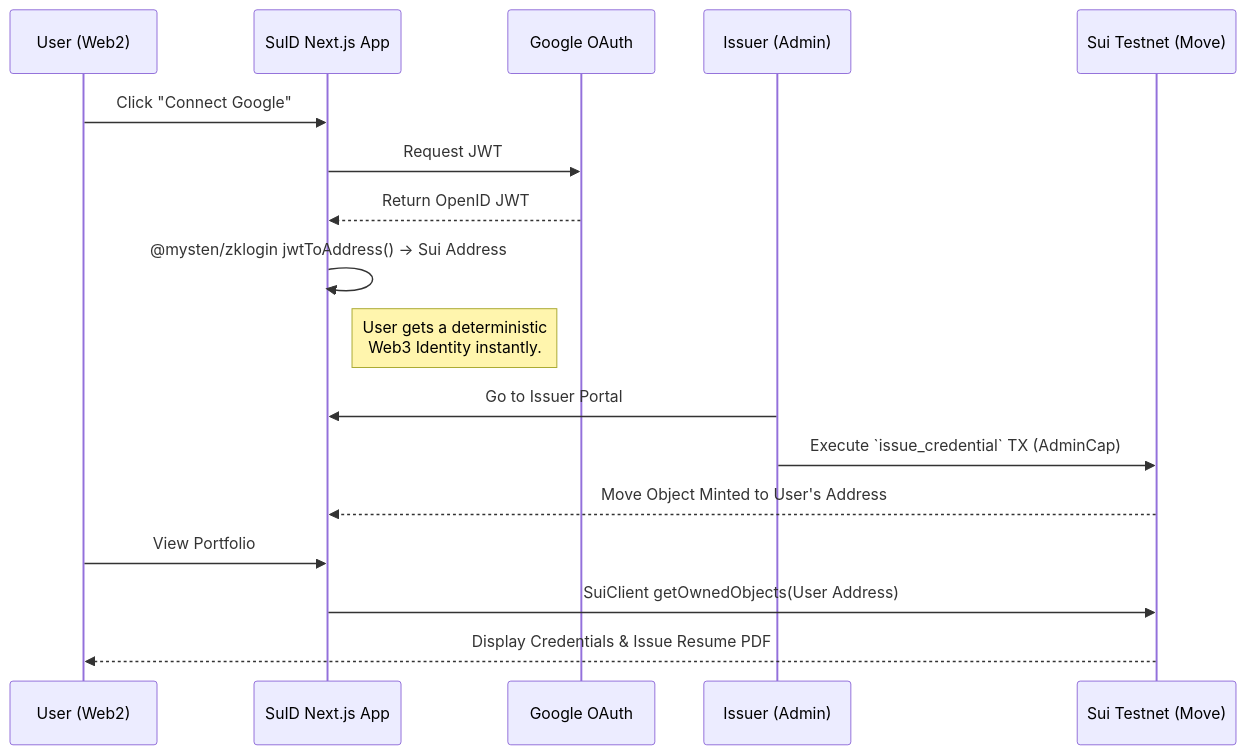
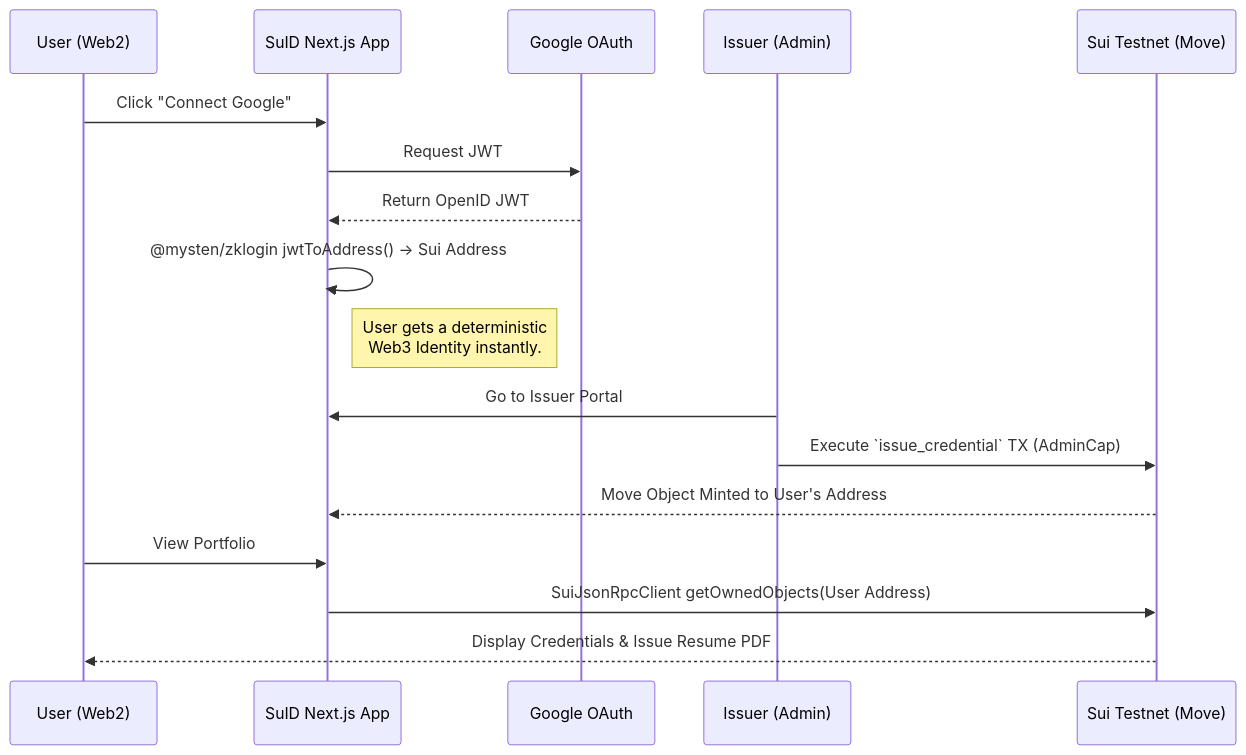
The diagram in README.md (dolf3131/sui-overflow-2026-suid), drawn with Mermaid before and after one commit. The commit also changed other lines of this file and 1 other file, not shown here.

````diff
--- a/README.md
+++ b/README.md
@@ -29,22 +44,22 @@
 ```mermaid
 sequenceDiagram
     participant U as User (Web2)
     participant S as SuID Next.js App
     participant G as Google OAuth
     participant I as Issuer (Admin)
     participant T as Sui Testnet (Move)
 
     U->>S: Click "Connect Google"
     S->>G: Request JWT
     G-->>S: Return OpenID JWT
     S->>S: @mysten/zklogin jwtToAddress() -> Sui Address
     Note right of S: User gets a deterministic<br/>Web3 Identity instantly.
 
     I->>S: Go to Issuer Portal
     I->>T: Execute `issue_credential` TX (AdminCap)
     T-->>S: Move Object Minted to User's Address
 
     U->>S: View Portfolio
-    S->>T: SuiClient getOwnedObjects(User Address)
+    S->>T: SuiJsonRpcClient getOwnedObjects(User Address)
     T-->>U: Display Credentials & Issue Resume PDF
 ```
````
